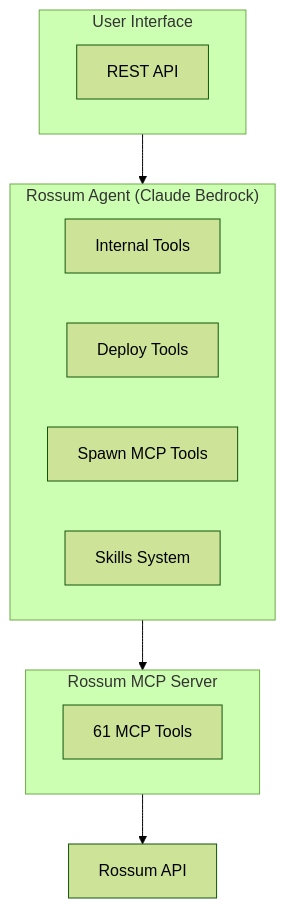
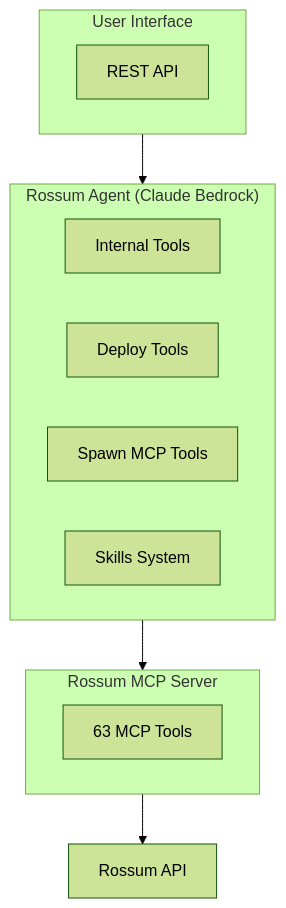
Before and after one commit to stancld/rossum-agents: the diagram in rossum-agent/README.md, drawn with Mermaid (forest theme). The commit also changed other lines of this file and 5 other files, not shown here.

````diff
--- a/rossum-agent/README.md
+++ b/rossum-agent/README.md
@@ -194,23 +194,23 @@
 ```mermaid
 flowchart TB
     subgraph UI["User Interface"]
         A[REST API]
     end
 
     subgraph Agent["Rossum Agent (Claude Bedrock)"]
         IT[Internal Tools]
         DT[Deploy Tools]
         MT[Spawn MCP Tools]
         SK[Skills System]
     end
 
     subgraph MCP["Rossum MCP Server"]
-        Tools[61 MCP Tools]
+        Tools[63 MCP Tools]
     end
 
     API[Rossum API]
 
     UI --> Agent
     Agent --> MCP
     MCP --> API
 ```
````
